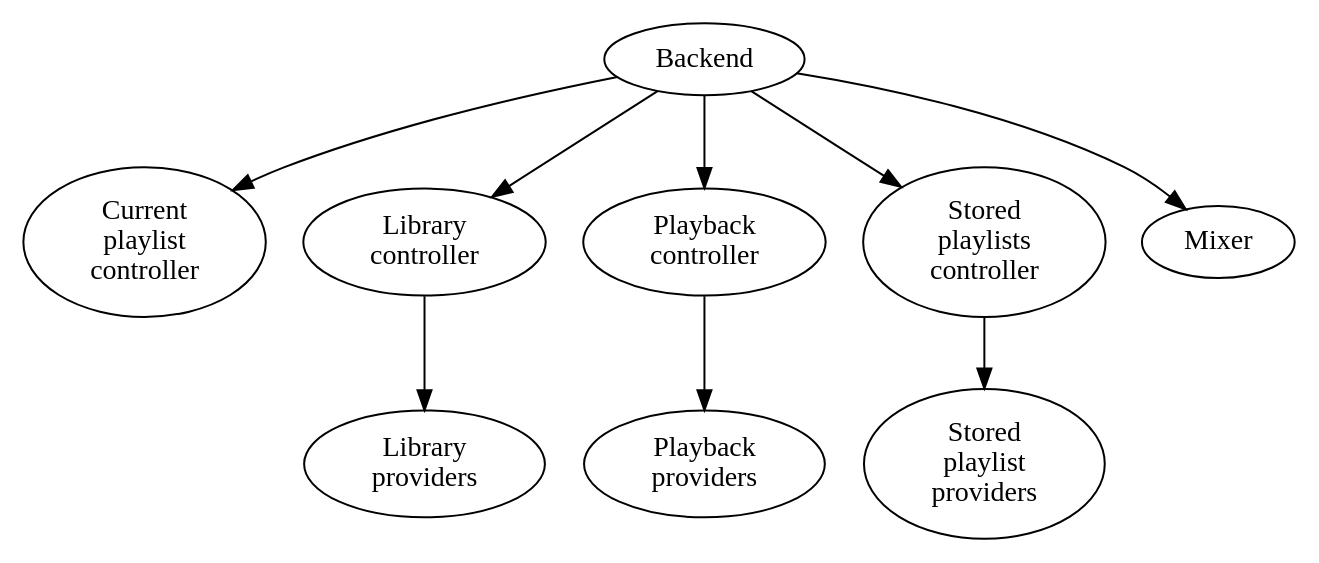
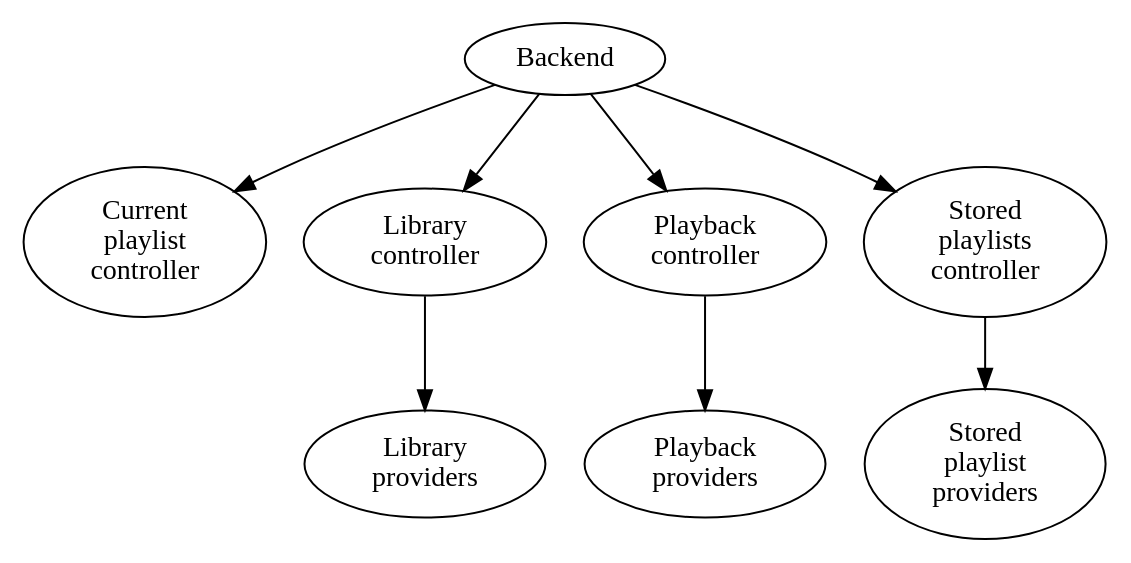
The diagram in docs/api/backends/concepts.rst (mopidy/mopidy), drawn with Graphviz before and after one commit. The commit also changed 11 other files, not shown here.

```diff
--- a/docs/api/backends/concepts.rst
+++ b/docs/api/backends/concepts.rst
@@ -21,10 +21,9 @@
 .. digraph:: backend_relations
 
     Backend -> "Current\nplaylist\ncontroller"
     Backend -> "Library\ncontroller"
     "Library\ncontroller" -> "Library\nproviders"
     Backend -> "Playback\ncontroller"
     "Playback\ncontroller" -> "Playback\nproviders"
     Backend -> "Stored\nplaylists\ncontroller"
     "Stored\nplaylists\ncontroller" -> "Stored\nplaylist\nproviders"
-    Backend -> Mixer
```
